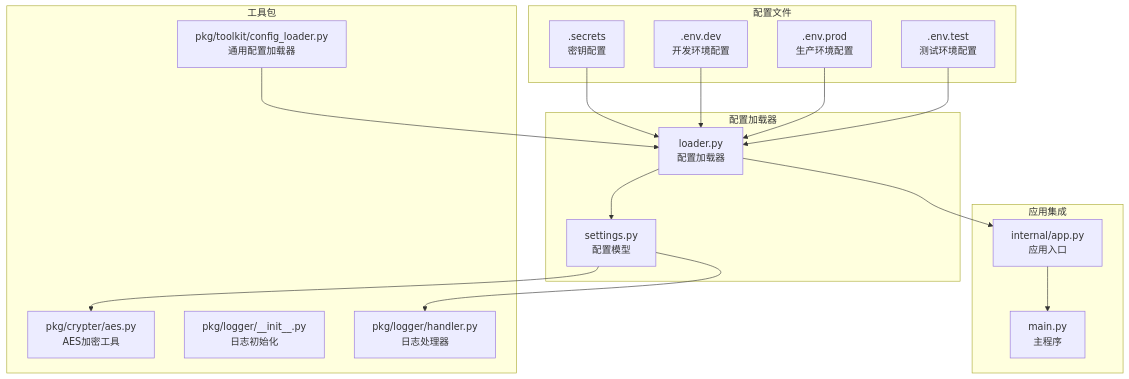
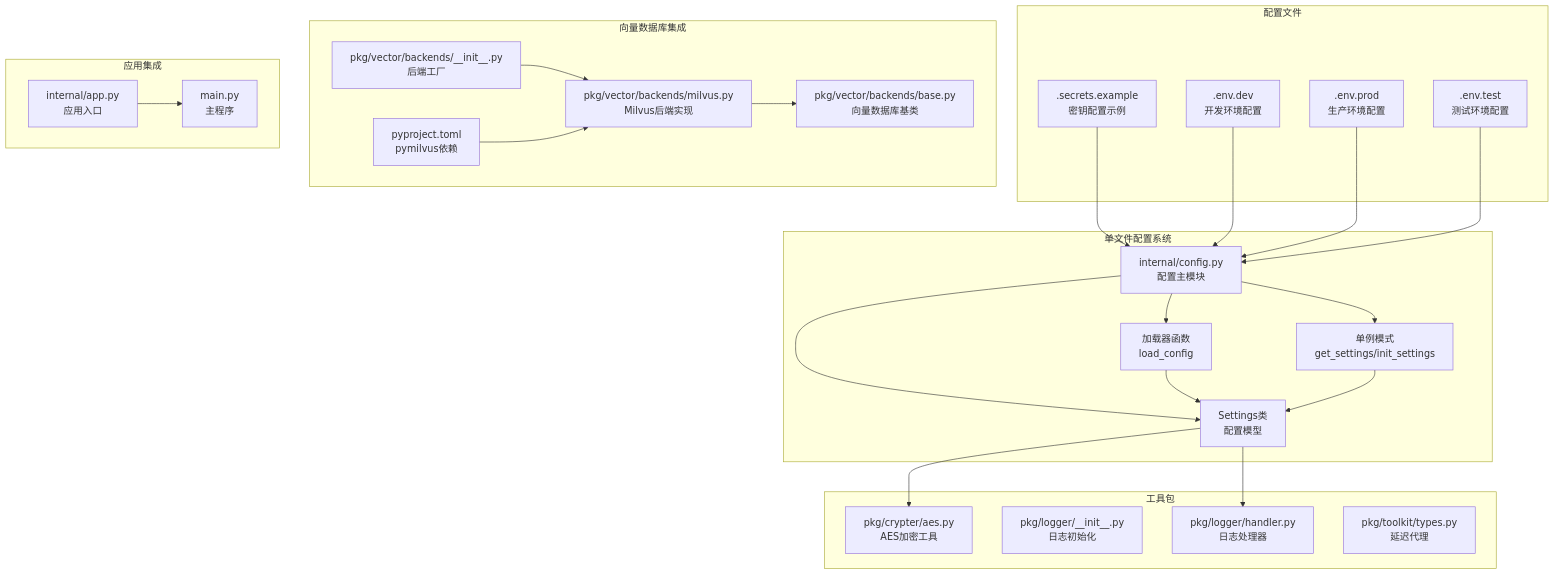
One commit to lilinzezzzzzz/fastapi-backend changed the first of 8 diagrams in .qoder/repowiki/zh/content/基础设施工具/配置系统.md. Above: the diagram before and after it, drawn with Mermaid. The commit also changed other lines of this file and 42 other files, not shown here.

````diff
--- a/.qoder/repowiki/zh/content/基础设施工具/配置系统.md
+++ b/.qoder/repowiki/zh/content/基础设施工具/配置系统.md
@@ -40,33 +42,46 @@
 ```mermaid
 graph TB
 subgraph "配置文件"
-Secrets[".secrets<br/>密钥配置"]
+Secrets[".secrets.example<br/>密钥配置示例"]
 EnvDev[".env.dev<br/>开发环境配置"]
 EnvProd[".env.prod<br/>生产环境配置"]
 EnvTest[".env.test<br/>测试环境配置"]
 end
-subgraph "配置加载器"
-Loader[loader.py<br/>配置加载器]
-Settings[settings.py<br/>配置模型]
+subgraph "单文件配置系统"
+Config[internal/config.py<br/>配置主模块]
+Settings[Settings类<br/>配置模型]
+Loader[加载器函数<br/>load_config]
+Singleton[单例模式<br/>get_settings/init_settings]
+end
+subgraph "向量数据库集成"
+MilvusBackend[pkg/vector/backends/milvus.py<br/>Milvus后端实现]
+MilvusBase[pkg/vector/backends/base.py<br/>向量数据库基类]
+MilvusFactory[pkg/vector/backends/__init__.py<br/>后端工厂]
+PymilvusDep[pyproject.toml<br/>pymilvus依赖]
 end
 subgraph "应用集成"
 App[internal/app.py<br/>应用入口]
 Main[main.py<br/>主程序]
 end
 subgraph "工具包"
-Toolkit[pkg/toolkit/config_loader.py<br/>通用配置加载器]
 AES[pkg/crypter/aes.py<br/>AES加密工具]
 LoggerInit[pkg/logger/__init__.py<br/>日志初始化]
 LoggerHandler[pkg/logger/handler.py<br/>日志处理器]
+LazyProxy[pkg/toolkit/types.py<br/>延迟代理]
 end
-Secrets --> Loader
-EnvDev --> Loader
-EnvProd --> Loader
-EnvTest --> Loader
+Secrets --> Config
+EnvDev --> Config
+EnvProd --> Config
+EnvTest --> Config
+Config --> Settings
+Config --> Loader
+Config --> Singleton
 Loader --> Settings
-Loader --> App
-App --> Main
+Singleton --> Settings
 Settings --> LoggerHandler
 Settings --> AES
-Toolkit --> Loader
+MilvusBackend --> MilvusBase
+MilvusFactory --> MilvusBackend
+PymilvusDep --> MilvusBackend
+App --> Main
 ```
````
